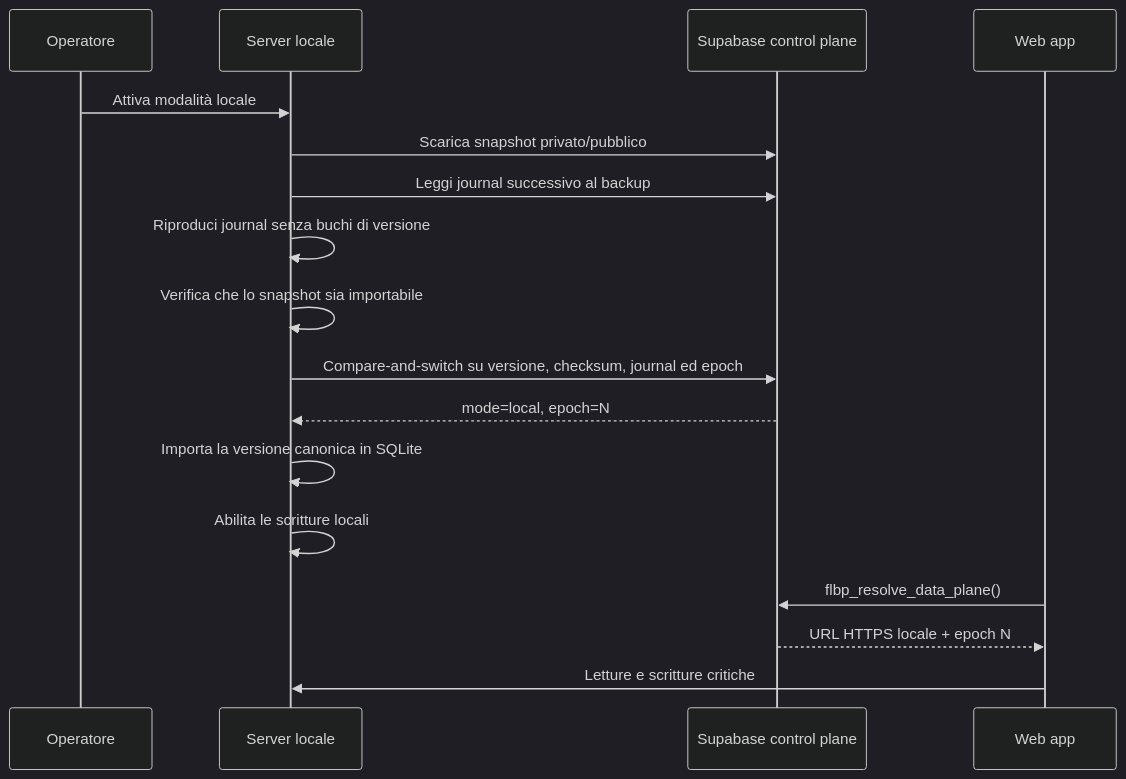
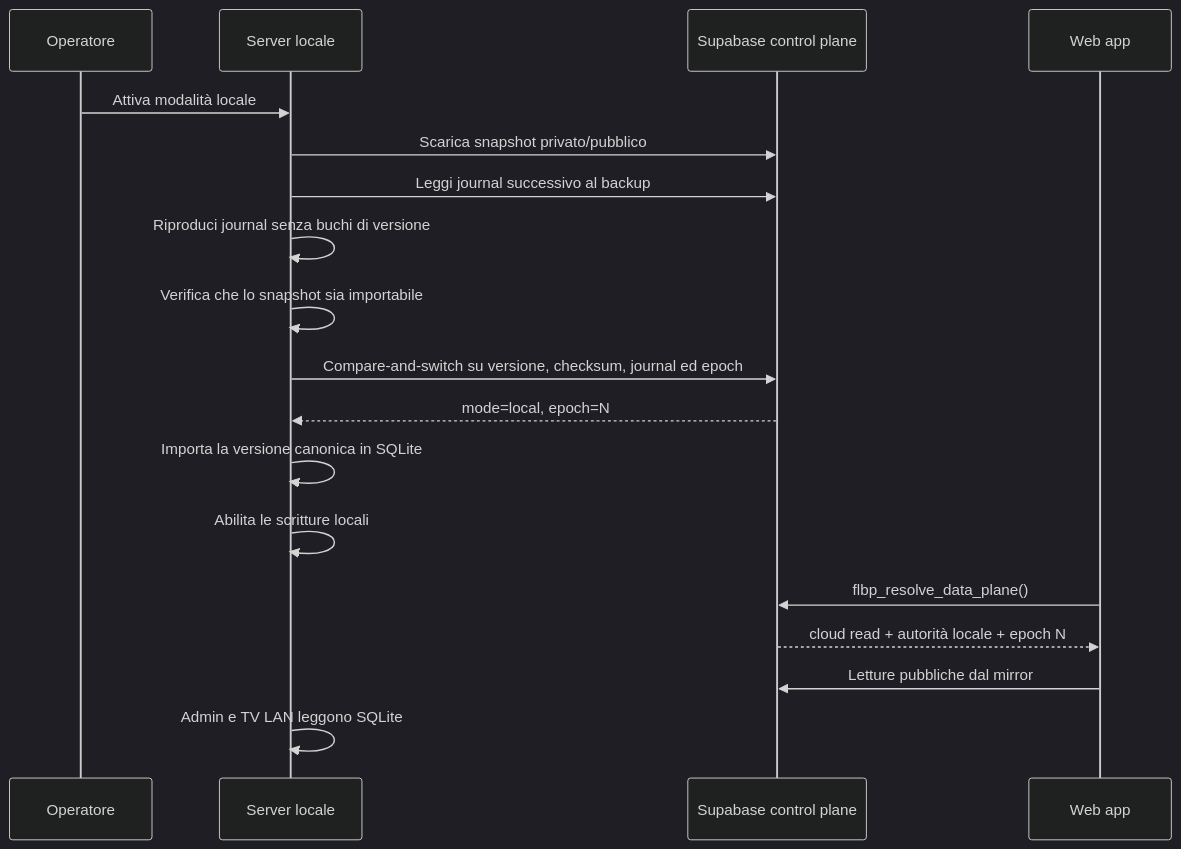
One commit to Mabalico/https-github.com-flbp-manager changed the first of 2 diagrams in FLBP ONLINE/docs/LOCAL_TOURNAMENT_SERVER.md. Above: the diagram before and after it, drawn with Mermaid (dark theme). The commit also changed other lines of this file and 48 other files, not shown here.

````diff
--- a/FLBP ONLINE/docs/LOCAL_TOURNAMENT_SERVER.md
+++ b/FLBP ONLINE/docs/LOCAL_TOURNAMENT_SERVER.md
@@ -51,19 +54,20 @@
 ```mermaid
 sequenceDiagram
     participant O as Operatore
     participant L as Server locale
     participant S as Supabase control plane
     participant W as Web app
     O->>L: Attiva modalità locale
     L->>S: Scarica snapshot privato/pubblico
     L->>S: Leggi journal successivo al backup
     L->>L: Riproduci journal senza buchi di versione
     L->>L: Verifica che lo snapshot sia importabile
     L->>S: Compare-and-switch su versione, checksum, journal ed epoch
     S-->>L: mode=local, epoch=N
     L->>L: Importa la versione canonica in SQLite
     L->>L: Abilita le scritture locali
     W->>S: flbp_resolve_data_plane()
-    S-->>W: URL HTTPS locale + epoch N
-    W->>L: Letture e scritture critiche
+    S-->>W: cloud read + autorità locale + epoch N
+    W->>S: Letture pubbliche dal mirror
+    L->>L: Admin e TV LAN leggono SQLite
 ```
````
